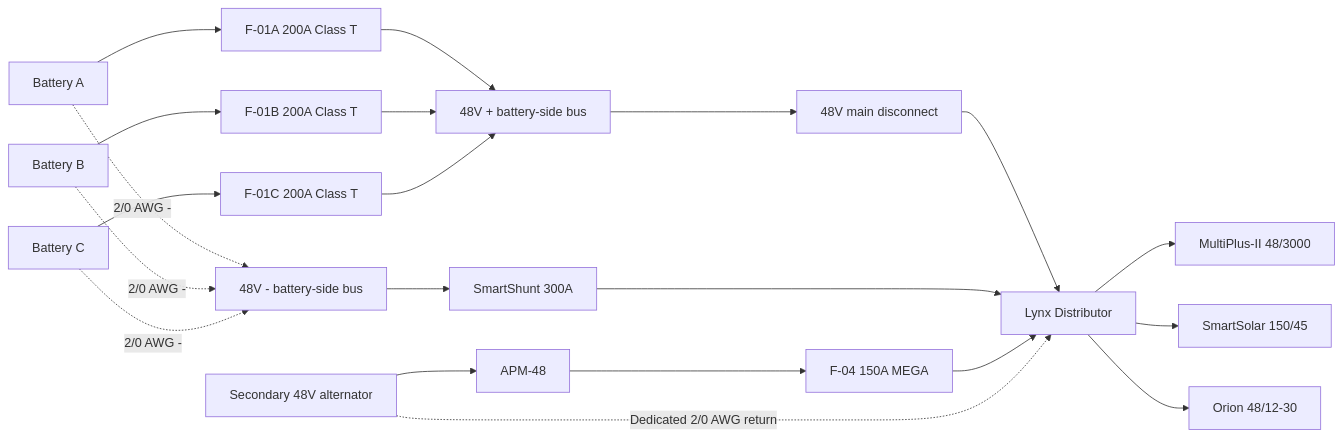
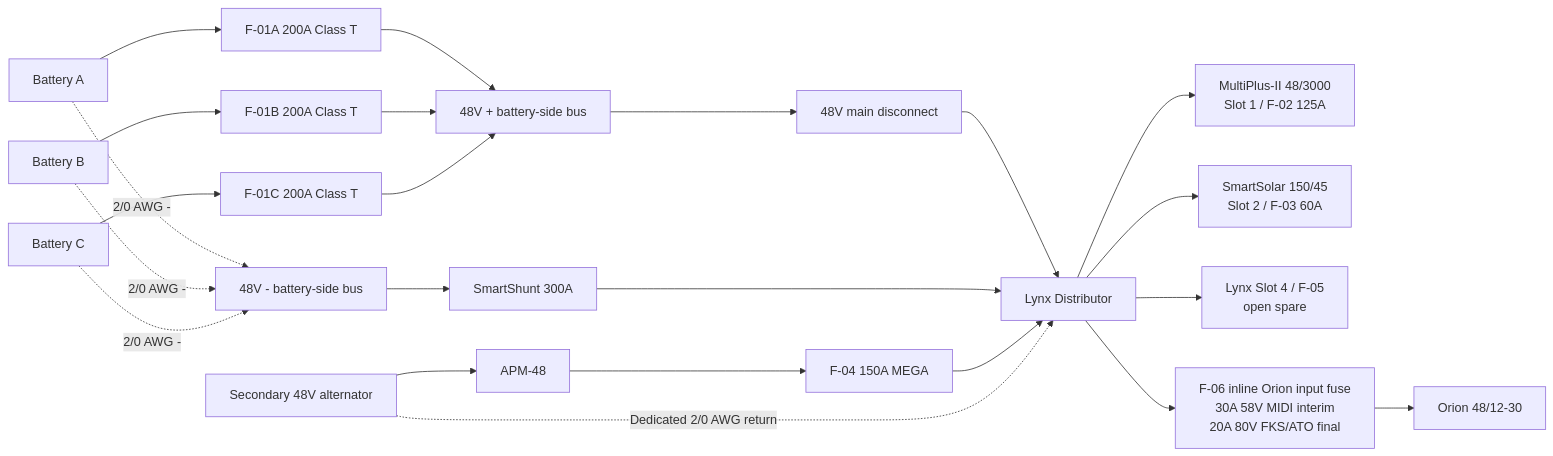
Before and after one commit to DataDaneDev/HiatusBuild: the first of 2 diagrams in docs/core/ELECTRICAL_48V_ARCHITECTURE.md, drawn with Mermaid. The commit also changed other lines of this file and 9 other files, not shown here.

Commit message:
Document open Lynx Slot 4 Orion input path

````diff
--- a/docs/core/ELECTRICAL_48V_ARCHITECTURE.md
+++ b/docs/core/ELECTRICAL_48V_ARCHITECTURE.md
@@ -61,27 +61,29 @@
 ```mermaid
 flowchart LR
     BATA["Battery A"] --> F01A["F-01A 200A Class T"]
     BATB["Battery B"] --> F01B["F-01B 200A Class T"]
     BATC["Battery C"] --> F01C["F-01C 200A Class T"]
 
     F01A --> POSBUS["48V + battery-side bus"]
     F01B --> POSBUS
     F01C --> POSBUS
     POSBUS --> DISC["48V main disconnect"]
     DISC --> LYNX["Lynx Distributor"]
 
     BATA -. "2/0 AWG -" .-> NEGBUS["48V - battery-side bus"]
     BATB -. "2/0 AWG -" .-> NEGBUS
     BATC -. "2/0 AWG -" .-> NEGBUS
     NEGBUS --> SHUNT["SmartShunt 300A"]
     SHUNT --> LYNX
 
     ALT48["Secondary 48V alternator"] --> APM48["APM-48"]
     APM48 --> F04["F-04 150A MEGA"]
     F04 --> LYNX
     ALT48 -. "Dedicated 2/0 AWG return" .-> LYNX
 
-    LYNX --> MULTI["MultiPlus-II 48/3000"]
-    LYNX --> MPPT["SmartSolar 150/45"]
-    LYNX --> ORION["Orion 48/12-30"]
+    LYNX --> MULTI["MultiPlus-II 48/3000\nSlot 1 / F-02 125A"]
+    LYNX --> MPPT["SmartSolar 150/45\nSlot 2 / F-03 60A"]
+    LYNX --> SLOT4["Lynx Slot 4 / F-05\nopen spare"]
+    LYNX --> F06["F-06 inline Orion input fuse\n30A 58V MIDI interim\n20A 80V FKS/ATO final"]
+    F06 --> ORION["Orion 48/12-30"]
 ```
````
